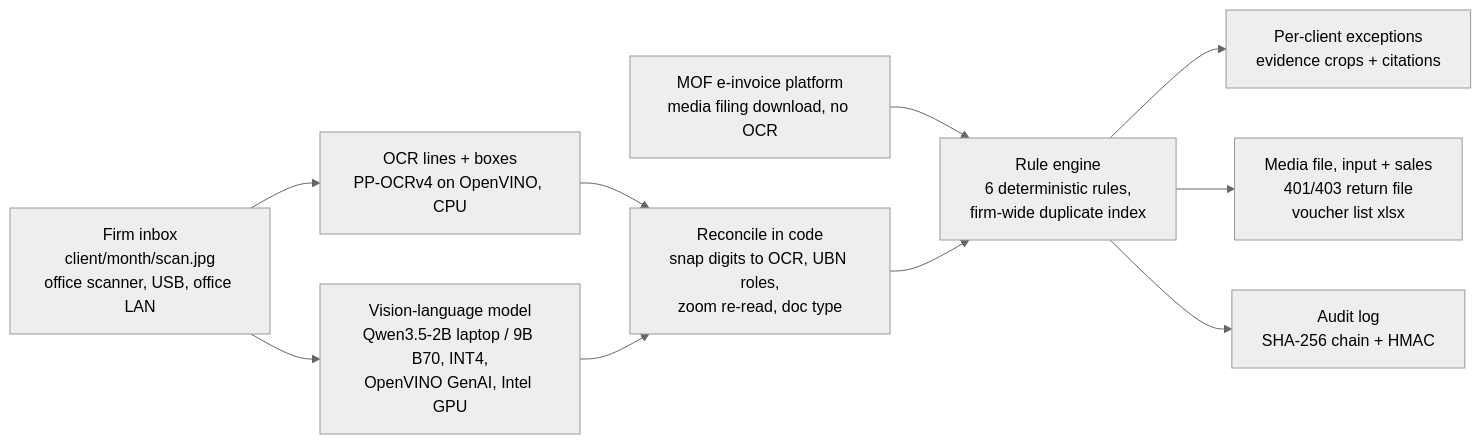
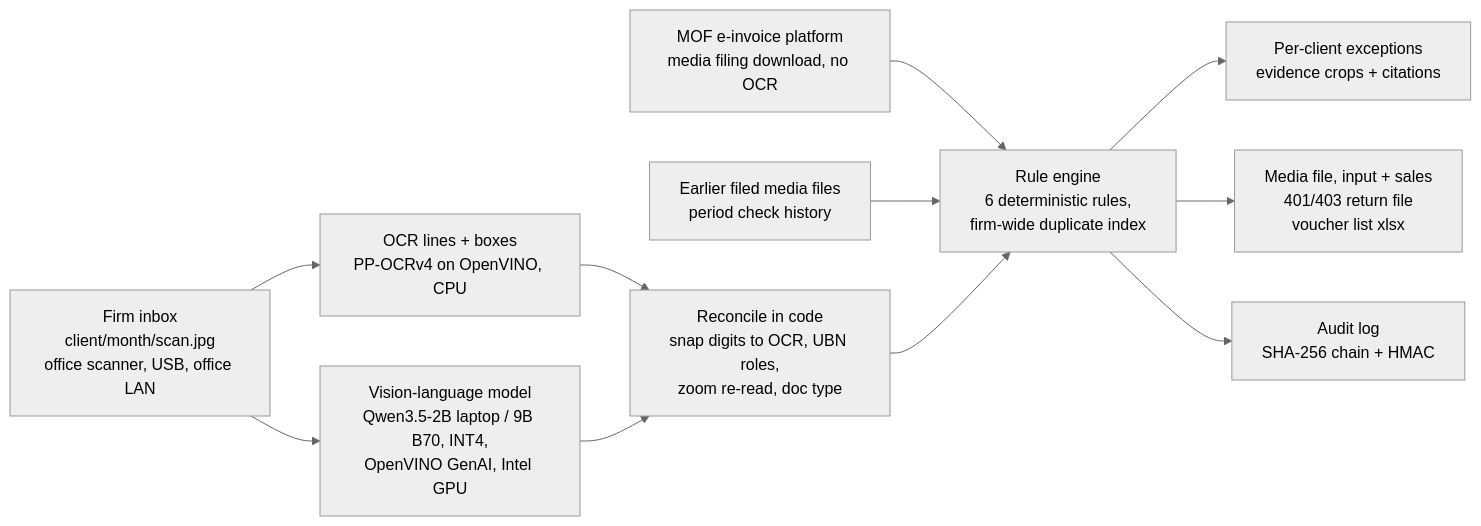
One commit to StuartYo/ledger-room changed the diagram in README.md. Above: the diagram before and after it, drawn with Mermaid (neutral theme). The commit also changed other lines of this file and 17 other files, not shown here.

First line of the commit message:
Period check in the web app and README

````diff
--- a/README.md
+++ b/README.md
@@ -323,12 +326,13 @@
 ```mermaid
 flowchart LR
   A[Firm inbox<br/>client/month/scan.jpg<br/>office scanner, USB, office LAN] --> B[OCR lines + boxes<br/>PP-OCRv4 on OpenVINO, CPU]
   A --> C[Vision-language model<br/>Qwen3.5-2B laptop / 9B B70, INT4,<br/>OpenVINO GenAI, Intel GPU]
   B --> D[Reconcile in code<br/>snap digits to OCR, UBN roles,<br/>zoom re-read, doc type]
   C --> D
   H[MOF e-invoice platform<br/>media filing download, no OCR] --> E
+  J[Earlier filed media files<br/>period check history] --> E
   D --> E[Rule engine<br/>6 deterministic rules,<br/>firm-wide duplicate index]
   E --> F[Per-client exceptions<br/>evidence crops + citations]
   E --> I[Media file, input + sales<br/>401/403 return file<br/>voucher list xlsx]
   E --> G[Audit log<br/>SHA-256 chain + HMAC]
 ```
````
